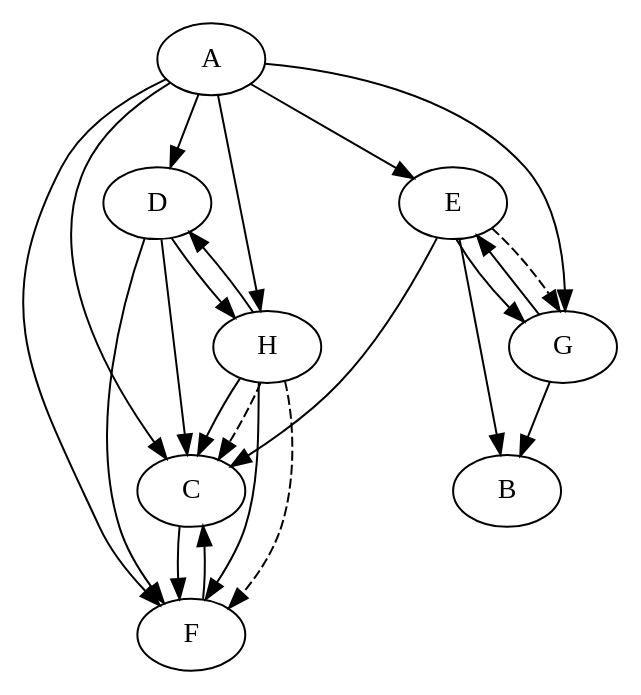
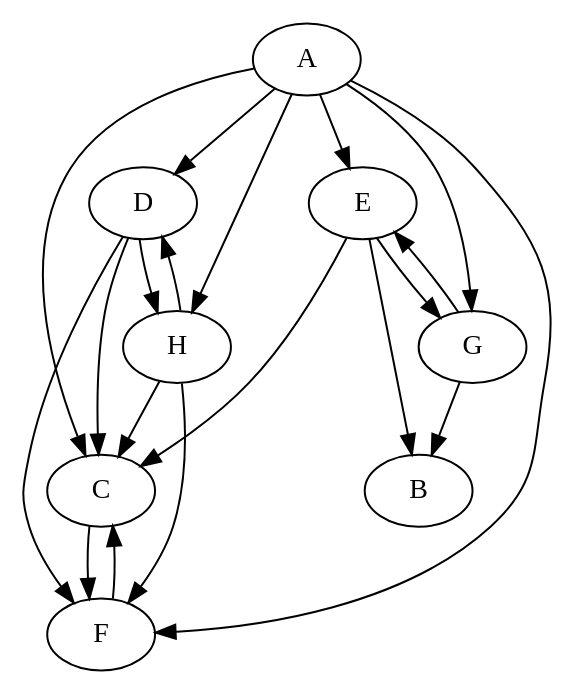
Before and after one commit to modSquad/AaD: the diagram in SourcesMatlab/solution1.dot, drawn with Graphviz. The commit also changed 6 other files, not shown here.

```diff
--- a/SourcesMatlab/solution1.dot
+++ b/SourcesMatlab/solution1.dot
@@ -1,35 +1,32 @@
 digraph G {
 A;
 B;
 C;
 D;
 E;
 F;
 G;
 H;
 
 E -> B;
 G -> B;
 A -> C;
 D -> C;
 E -> C;
 F -> C;
 H -> C;
 A -> D;
 H -> D;
 A -> E;
 G -> E;
 A -> F;
 C -> F;
 D -> F;
 H -> F;
 A -> G;
 E -> G;
 A -> H;
 D -> H;
 
-H -> C[style = "dashed"];
-H -> F[style = "dashed"];
-E -> G[style = "dashed"];
 
 }
```
